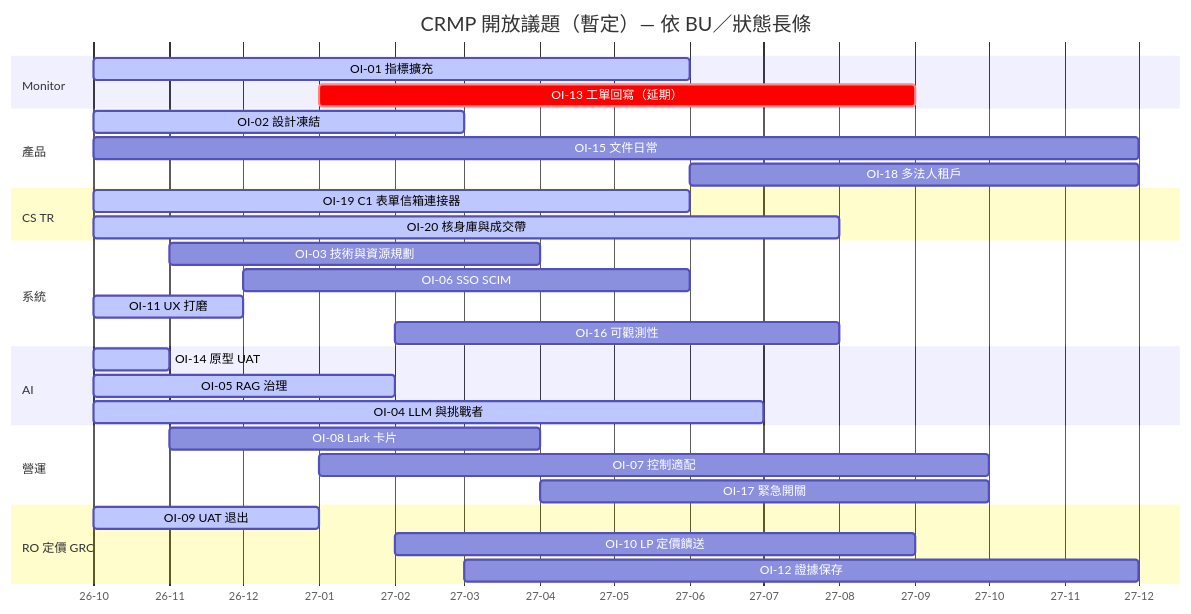
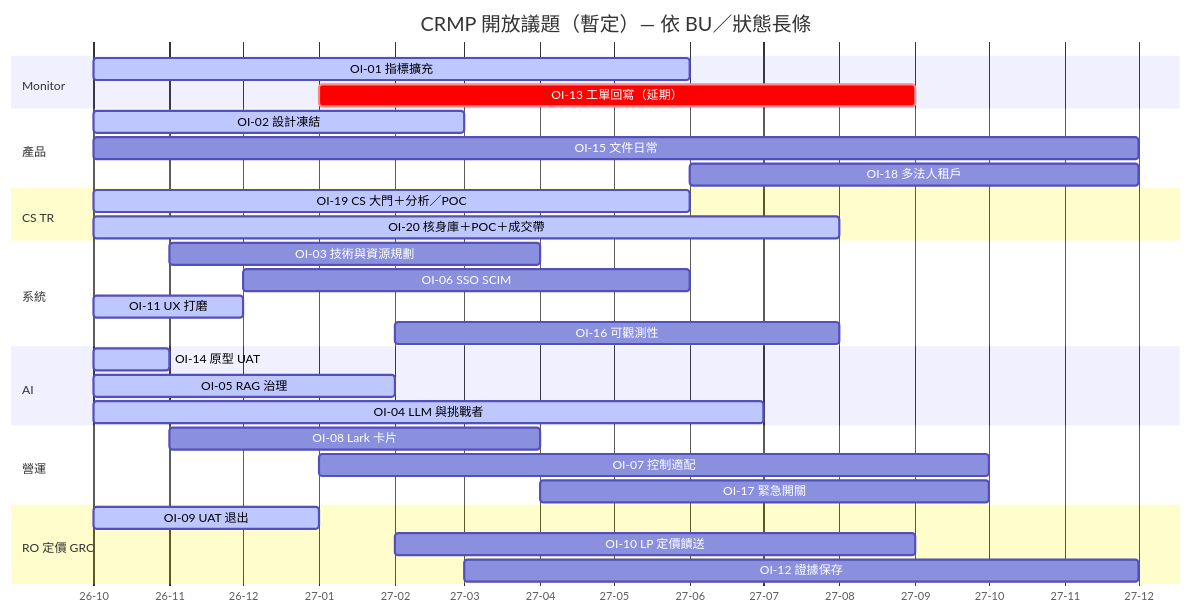
One commit to hxyan2020/PRD changed the second of 2 diagrams in platform/docs/PROGRESS.zh-Hant.md. Above: the diagram before and after it, drawn with Mermaid. The commit also changed other lines of this file and 19 other files, not shown here.

````diff
--- a/platform/docs/PROGRESS.zh-Hant.md
+++ b/platform/docs/PROGRESS.zh-Hant.md
@@ -43,33 +110,33 @@
 ```mermaid
 gantt
   title CRMP 開放議題（暫定）— 依 BU／狀態長條
   dateFormat YYYY-MM
   axisFormat %y-%m
   section Monitor
   OI-01 指標擴充           :active, 2026-10, 2027-06
   OI-13 工單回寫（延期）   :crit, 2027-01, 2027-09
   section 產品
   OI-02 設計凍結           :active, 2026-10, 2027-03
   OI-15 文件日常           :2026-10, 2027-12
   OI-18 多法人租戶         :2027-06, 2027-12
   section CS TR
-  OI-19 C1 表單信箱連接器  :active, 2026-10, 2027-06
-  OI-20 核身庫與成交帶     :active, 2026-10, 2027-08
+  OI-19 CS 大門＋分析／POC :active, 2026-10, 2027-06
+  OI-20 核身庫＋POC＋成交帶 :active, 2026-10, 2027-08
   section 系統
   OI-03 技術與資源規劃     :2026-11, 2027-04
   OI-06 SSO SCIM           :2026-12, 2027-06
   OI-11 UX 打磨            :active, 2026-10, 2026-12
   OI-16 可觀測性           :2027-02, 2027-08
   section AI
   OI-14 原型 UAT           :active, 2026-10, 2026-11
   OI-05 RAG 治理           :active, 2026-10, 2027-02
   OI-04 LLM 與挑戰者       :active, 2026-10, 2027-07
   section 營運
   OI-08 Lark 卡片          :2026-11, 2027-04
   OI-07 控制適配           :2027-01, 2027-10
   OI-17 緊急開關           :2027-04, 2027-10
   section RO 定價 GRC
   OI-09 UAT 退出           :active, 2026-10, 2027-01
   OI-10 LP 定價饋送        :2027-02, 2027-09
   OI-12 證據保存           :2027-03, 2027-12
 ```
````
